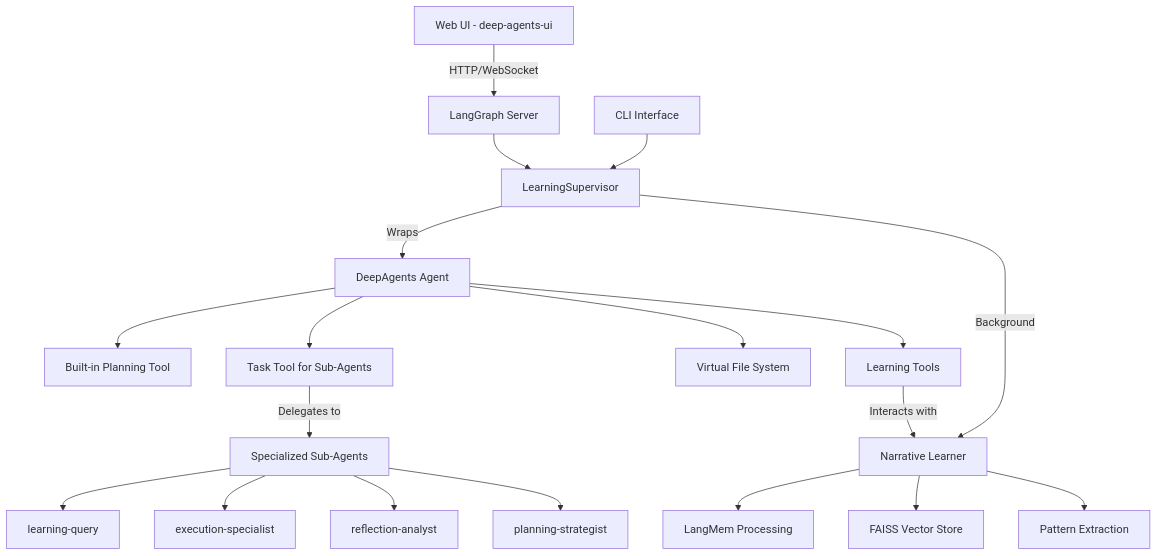
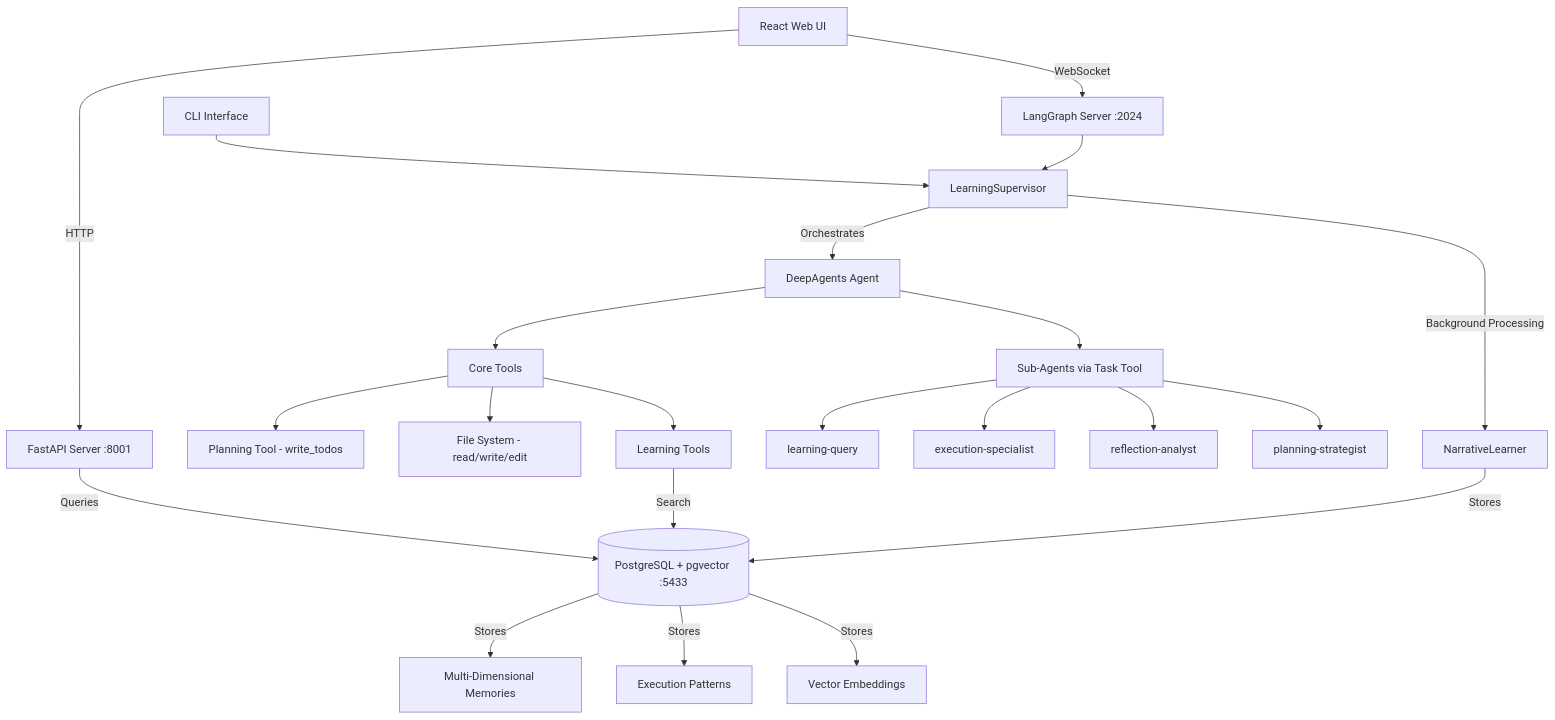
One commit to johannhartmann/learning-agent changed the diagram in README.md. Above: the diagram before and after it, drawn with Mermaid. The commit also changed other lines of this file, not shown here.

First line of the commit message:
docs: update README with current architecture and implementation

````diff
--- a/README.md
+++ b/README.md
@@ -147,25 +168,31 @@
 ```mermaid
 graph TD
-    UI[Web UI - deep-agents-ui] -->|HTTP/WebSocket| Server[LangGraph Server]
-    CLI[CLI Interface] --> A[LearningSupervisor]
+    UI[React Web UI] -->|HTTP| API[FastAPI Server :8001]
+    UI -->|WebSocket| Server[LangGraph Server :2024]
 
-    Server --> A
-    A -->|Wraps| B[DeepAgents Agent]
-    B --> C[Built-in Planning Tool]
-    B --> D[Task Tool for Sub-Agents]
-    B --> E[Virtual File System]
-    B --> F[Learning Tools]
+    CLI[CLI Interface] --> LS[LearningSupervisor]
+    Server --> LS
 
-    D -->|Delegates to| G[Specialized Sub-Agents]
-    G --> H[learning-query]
-    G --> I[execution-specialist]
-    G --> J[reflection-analyst]
-    G --> K[planning-strategist]
+    LS -->|Orchestrates| Agent[DeepAgents Agent]
+    Agent --> Tools[Core Tools]
+    Agent --> SubAgents[Sub-Agents via Task Tool]
 
-    A -->|Background| L[Narrative Learner]
-    L --> M[LangMem Processing]
-    L --> N[FAISS Vector Store]
-    L --> O[Pattern Extraction]
+    Tools --> PT[Planning Tool - write_todos]
+    Tools --> FS[File System - read/write/edit]
+    Tools --> LT[Learning Tools]
 
-    F -->|Interacts with| L
+    SubAgents --> LQ[learning-query]
+    SubAgents --> ES[execution-specialist]
+    SubAgents --> RA[reflection-analyst]
+    SubAgents --> PS[planning-strategist]
+
+    LS -->|Background Processing| NL[NarrativeLearner]
+    NL -->|Stores| PG[(PostgreSQL + pgvector :5433)]
+
+    API -->|Queries| PG
+    LT -->|Search| PG
+
+    PG -->|Stores| Memories[Multi-Dimensional Memories]
+    PG -->|Stores| Patterns[Execution Patterns]
+    PG -->|Stores| Embeddings[Vector Embeddings]
 ```
````
